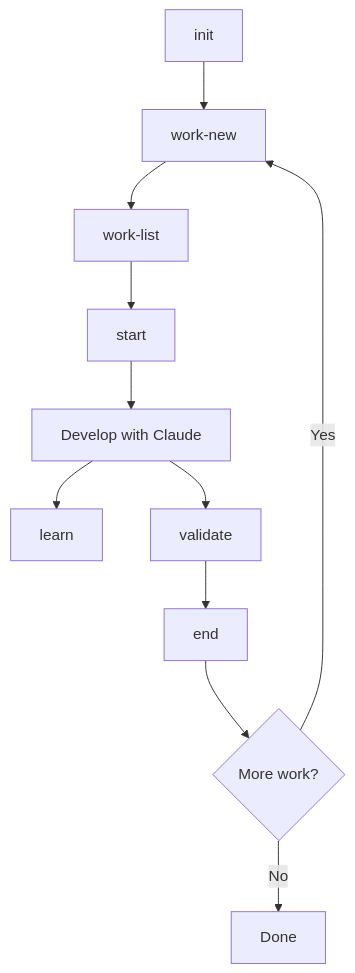
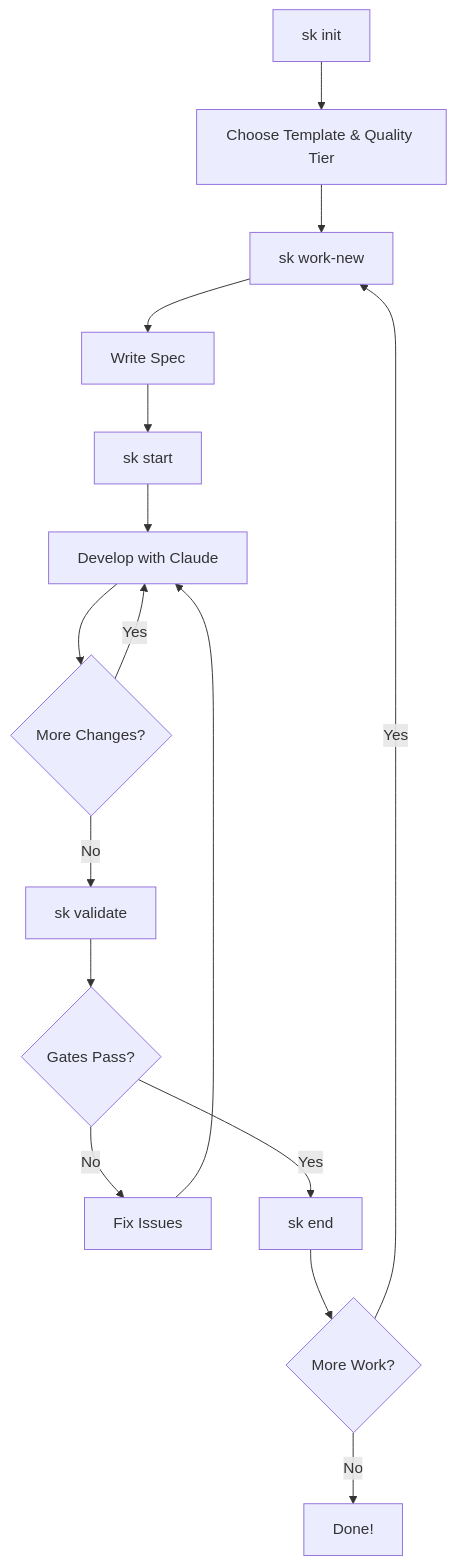
The diagram in README.md (ankushdixit/sdd), drawn with Mermaid before and after one commit. The commit also changed other lines of this file and 640 other files, not shown here.

````diff
--- a/README.md
+++ b/README.md
@@ -285,13 +362,18 @@
 ```mermaid
 graph TD
-    A["init"] --> B["work-new"]
-    B --> C["work-list"]
-    C --> D["start"]
-    D --> E["Develop with Claude"]
-    E --> F["learn"]
-    E --> G["validate"]
-    G --> H["end"]
-    H --> I{"More work?"}
-    I -->|Yes| B
-    I -->|No| J["Done"]
+    A[sk init] --> B[Choose Template & Quality Tier]
+    B --> C[sk work-new]
+    C --> D[Write Spec]
+    D --> E[sk start]
+    E --> F[Develop with Claude]
+    F --> G{More Changes?}
+    G -->|Yes| F
+    G -->|No| H[sk validate]
+    H --> I{Gates Pass?}
+    I -->|No| J[Fix Issues]
+    J --> F
+    I -->|Yes| K[sk end]
+    K --> L{More Work?}
+    L -->|Yes| C
+    L -->|No| M[Done!]
 ```
````
